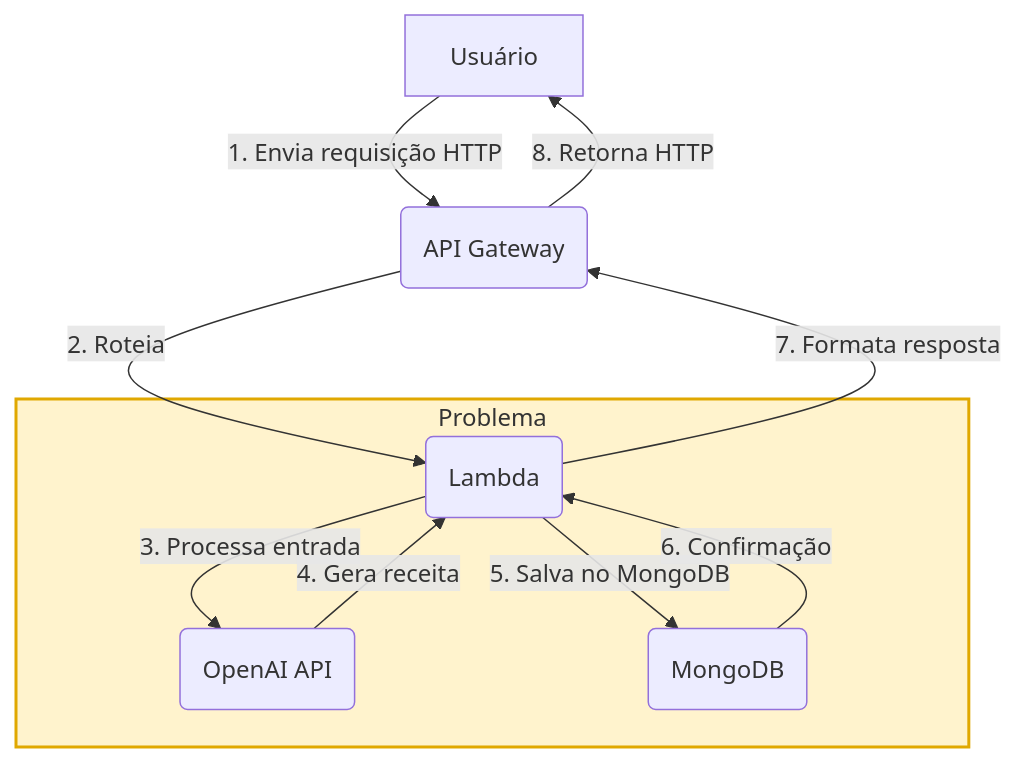
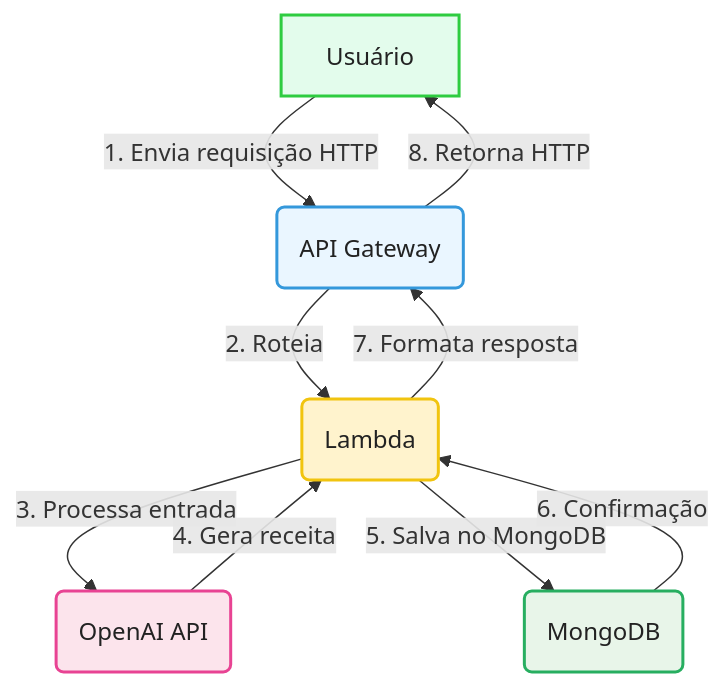
Before and after one commit to nathalia-acordi/recipe-improviser: the diagram in README.md, drawn with Mermaid.

````diff
--- a/README.md
+++ b/README.md
@@ -201,20 +201,23 @@
 ```mermaid
 flowchart TD
-      A[Usuário] -->|1. Envia requisição HTTP| B(API Gateway)
-      B -->|2. Roteia| C(Lambda)
-      C -->|3. Processa entrada| D(OpenAI API)
-      D -->|4. Gera receita| C
-      C -->|5. Salva no MongoDB| E(MongoDB)
-      E -->|6. Confirmação| C
-      C -->|7. Formata resposta| B
-      B -->|8. Retorna HTTP| A
-    
-      subgraph Problema
-         C
-         D
-         E
-      end
-      Problema:::warning
+   A[Usuário]:::user -->|1. Envia requisição HTTP| B(API Gateway):::gateway
+   B -->|2. Roteia| C(Lambda):::lambda
+   C -->|3. Processa entrada| D(OpenAI API):::openai
+   D -->|4. Gera receita| C
+   C -->|5. Salva no MongoDB| E(MongoDB):::mongo
+   E -->|6. Confirmação| C
+   C -->|7. Formata resposta| B
+   B -->|8. Retorna HTTP| A
 
-      classDef warning fill:#fff3cd,stroke:#e0a800,stroke-width:2px;
+   classDef user fill:#e3fcec,stroke:#2ecc40,stroke-width:2px,color:#222;
+   classDef gateway fill:#eaf6ff,stroke:#3498db,stroke-width:2px,color:#222;
+   classDef lambda fill:#fff3cd,stroke:#f1c40f,stroke-width:2px,color:#222;
+   classDef openai fill:#fce4ec,stroke:#e84393,stroke-width:2px,color:#222;
+   classDef mongo fill:#e8f5e9,stroke:#27ae60,stroke-width:2px,color:#222;
+
+   class A user;
+   class B gateway;
+   class C lambda;
+   class D openai;
+   class E mongo;
 ```
````
